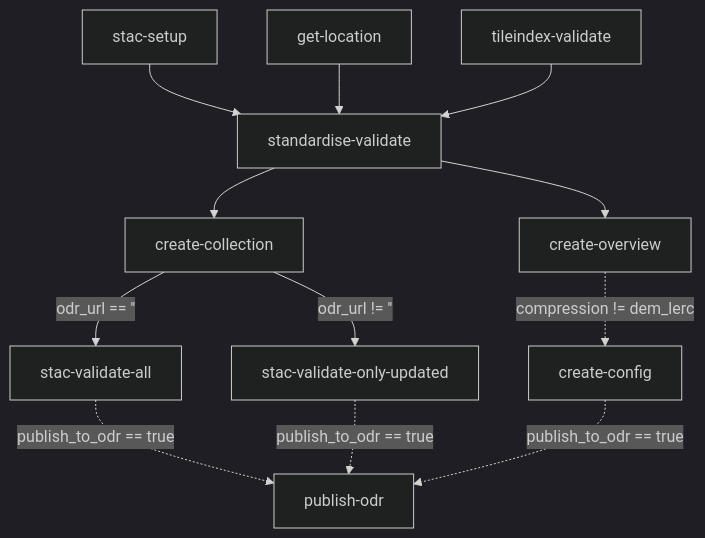
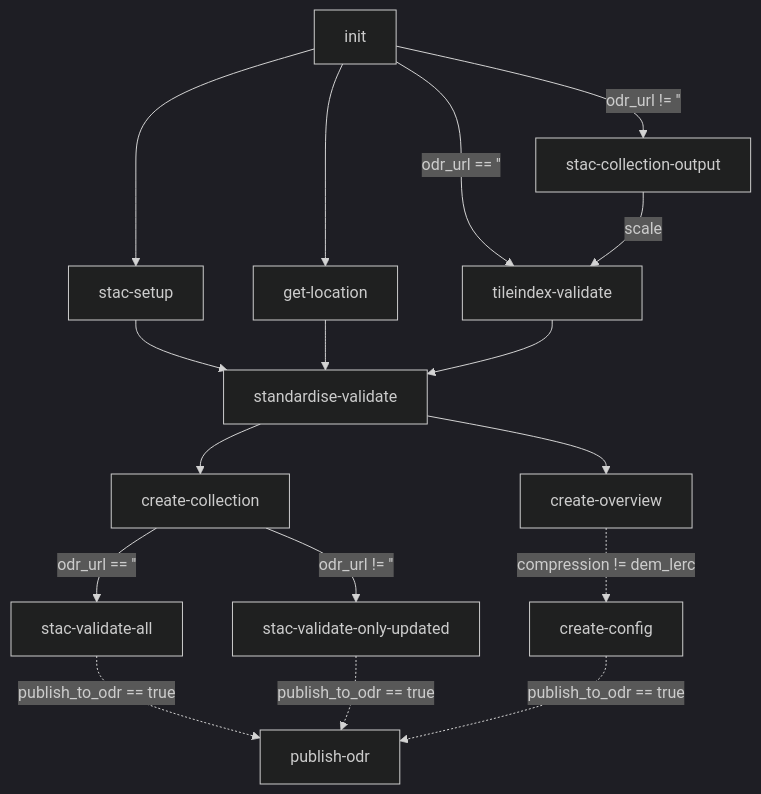
One commit to linz/topo-workflows changed the first of 3 diagrams in workflows/raster/README.md. Above: the diagram before and after it, drawn with Mermaid (dark theme). The commit also changed other lines of this file and 1 other file, not shown here.

Commit message:
feat: add stac-collection-output step

````diff
--- a/workflows/raster/README.md
+++ b/workflows/raster/README.md
@@ -124,16 +123,21 @@
 ```mermaid
 graph TD;
+    init-->stac-setup;
+    init-->get-location;
+    init-->|odr_url == ''|tileindex-validate;
+    init-->|odr_url != ''|stac-collection-output;
     stac-setup-->standardise-validate;
     get-location-->standardise-validate;
+    stac-collection-output-->|scale|tileindex-validate;
     tileindex-validate-->standardise-validate;
     standardise-validate-->create-collection;
     standardise-validate-->create-overview;
 
     create-collection-->|odr_url == ''|stac-validate-all;
     create-collection-->|odr_url != ''|stac-validate-only-updated;
 
     stac-validate-all-.->|publish_to_odr == true|publish-odr;
     stac-validate-only-updated-.->|publish_to_odr == true|publish-odr;
 
     create-overview-.->|compression != dem_lerc|create-config-.->|publish_to_odr == true|publish-odr;
 ```
````
